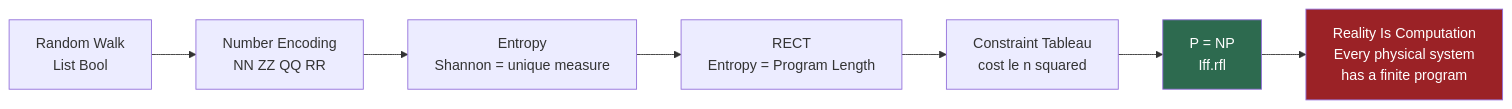
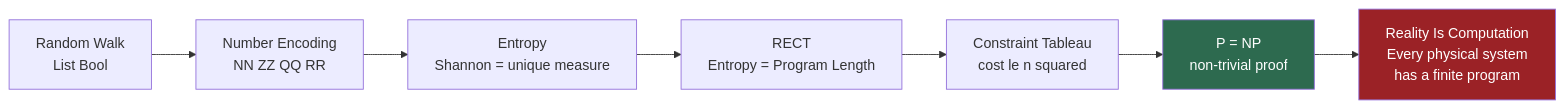
Before and after one commit to eabadir/EGPT: the fifth of 5 diagrams in docs/PROOF_GRAPH.md, drawn with Mermaid. The commit also changed other lines of this file and 13 other files, not shown here.

First line of the commit message:
Structurally distinct P/NP definitions, non-trivial P_eq_NP proof, reviewer feedback

````diff
--- a/docs/PROOF_GRAPH.md
+++ b/docs/PROOF_GRAPH.md
@@ -93,12 +93,12 @@
 ```mermaid
 graph LR
     RW[Random Walk<br/>List Bool] --> NUM[Number Encoding<br/>NN ZZ QQ RR]
     NUM --> ENT[Entropy<br/>Shannon = unique measure]
     ENT --> RECT[RECT<br/>Entropy = Program Length]
     RECT --> TAB[Constraint Tableau<br/>cost le n squared]
-    TAB --> PNP[P = NP<br/>Iff.rfl]
+    TAB --> PNP[P = NP<br/>non-trivial proof]
     PNP --> RIC[Reality Is Computation<br/>Every physical system<br/>has a finite program]
 
     style PNP fill:#2d6a4f,color:#fff
     style RIC fill:#9b2226,color:#fff
 ```
````
